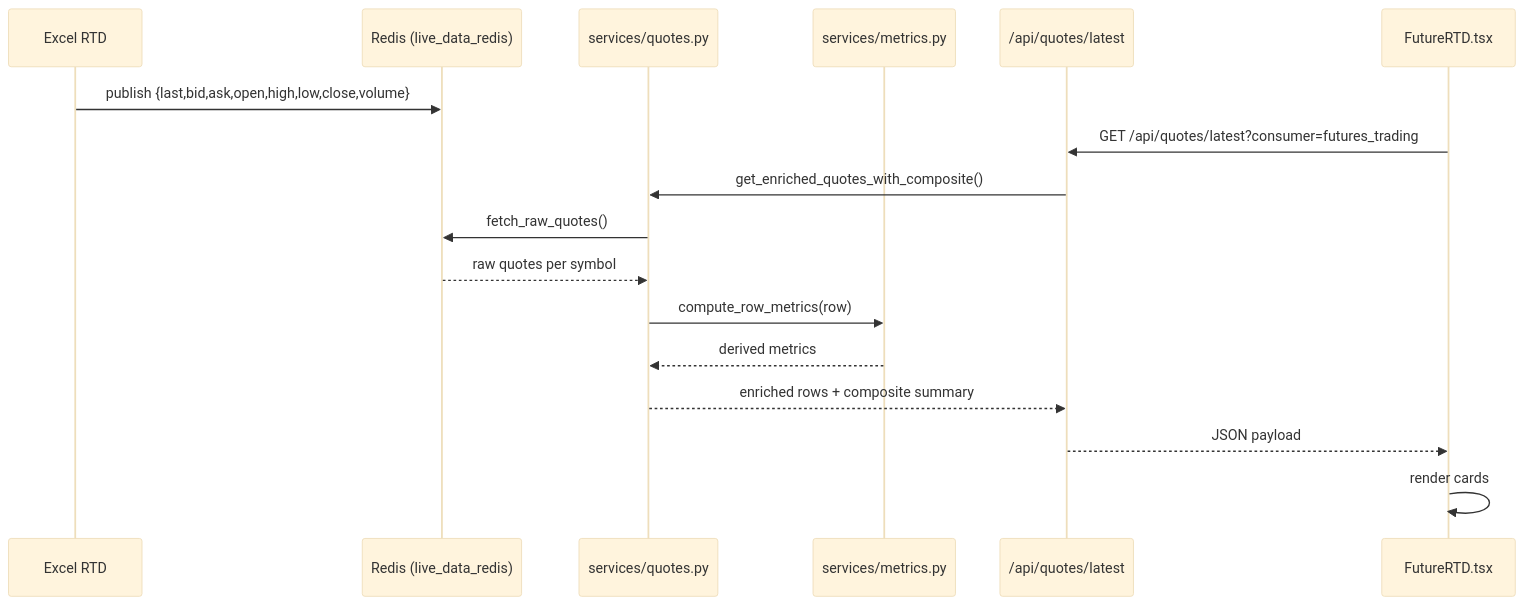
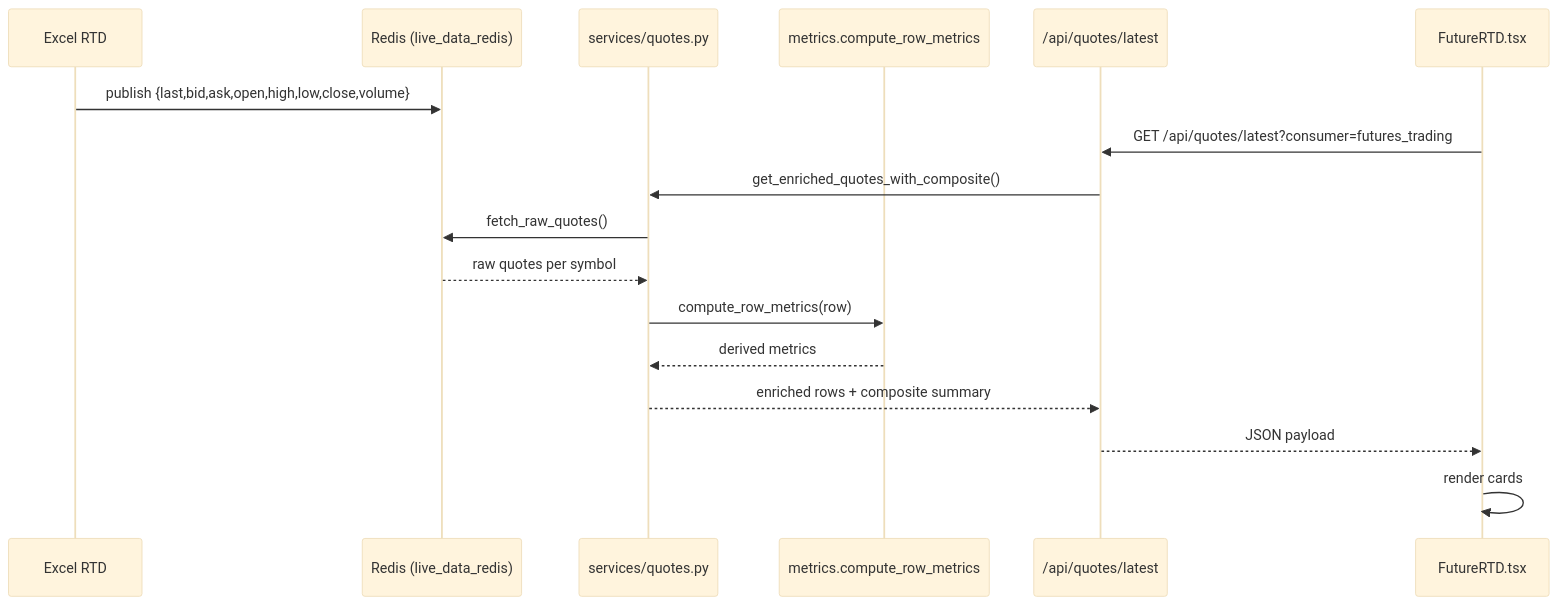
One commit to Cocodog2014/thor changed the second of 5 diagrams in docs/dev/Futures/Metrics.md. Above: the diagram before and after it, drawn with Mermaid (base theme). The commit also changed other lines of this file, not shown here.

Commit message:
Cleanup metrics docs: remove legacy metrics.py duplicate, update references to metrics package, adjust diagrams

````diff
--- a/docs/dev/Futures/Metrics.md
+++ b/docs/dev/Futures/Metrics.md
@@ -172,20 +172,20 @@
 ```mermaid
 sequenceDiagram
     participant Excel as Excel RTD
     participant Redis as Redis (live_data_redis)
     participant QuotesSvc as services/quotes.py
-    participant Metrics as services/metrics.py
+    participant Metrics as metrics.compute_row_metrics
     participant API as /api/quotes/latest
     participant React as FutureRTD.tsx
 
     Excel->>Redis: publish {last,bid,ask,open,high,low,close,volume}
     React->>API: GET /api/quotes/latest?consumer=futures_trading
     API->>QuotesSvc: get_enriched_quotes_with_composite()
     QuotesSvc->>Redis: fetch_raw_quotes()
     Redis-->>QuotesSvc: raw quotes per symbol
     QuotesSvc->>Metrics: compute_row_metrics(row)
     Metrics-->>QuotesSvc: derived metrics
     QuotesSvc-->>API: enriched rows + composite summary
     API-->>React: JSON payload
     React->>React: render cards
 ```
````
